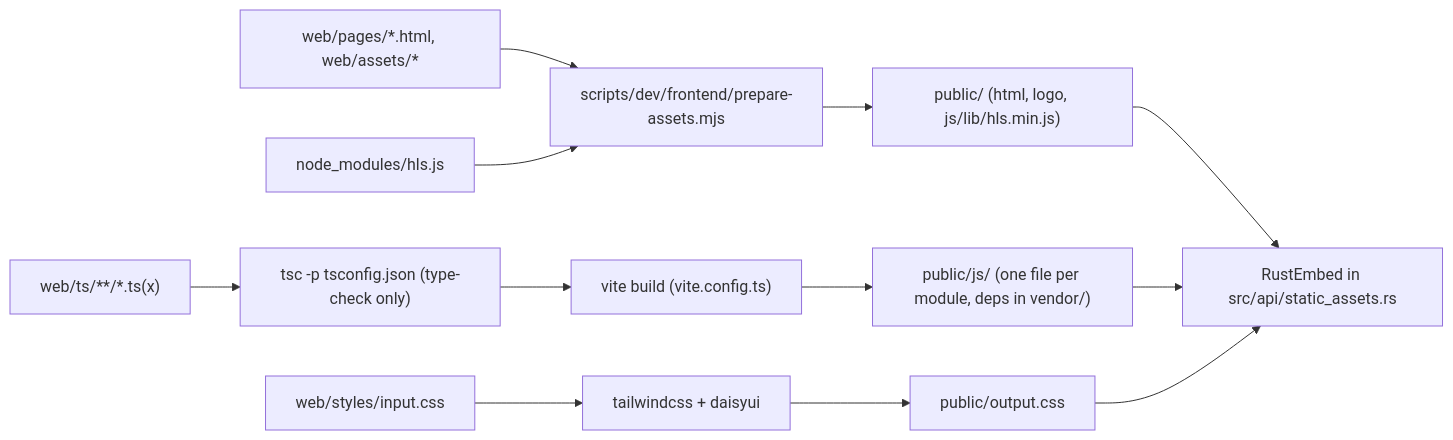
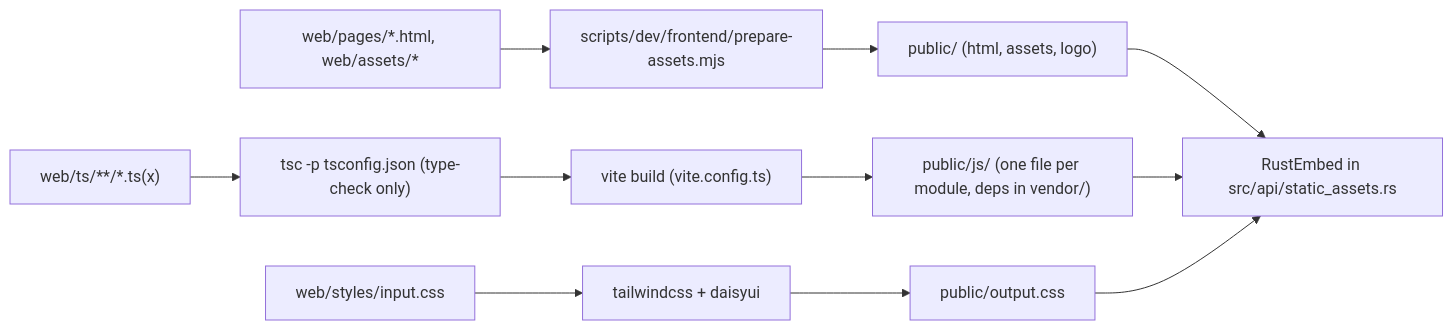
One commit to krsna1729/restream changed the first of 4 diagrams in docs/frontend.md. Above: the diagram before and after it, drawn with Mermaid. The commit also changed other lines of this file and 3 other files, not shown here.

````diff
--- a/docs/frontend.md
+++ b/docs/frontend.md
@@ -29,14 +29,13 @@
 ```mermaid
 flowchart LR
   pages["web/pages/*.html, web/assets/*"] --> prep["scripts/dev/frontend/prepare-assets.mjs"]
-  hls["node_modules/hls.js"] --> prep
-  prep --> pub["public/ (html, logo, js/lib/hls.min.js)"]
+  prep --> pub["public/ (html, assets, logo)"]
   ts["web/ts/**/*.ts(x)"] --> tsc["tsc -p tsconfig.json (type-check only)"]
   tsc --> vite["vite build (vite.config.ts)"]
   vite --> js["public/js/ (one file per module, deps in vendor/)"]
   css["web/styles/input.css"] --> tw["tailwindcss + daisyui"]
   tw --> out["public/output.css"]
   pub --> embed["RustEmbed in src/api/static_assets.rs"]
   js --> embed
   out --> embed
 ```
````
